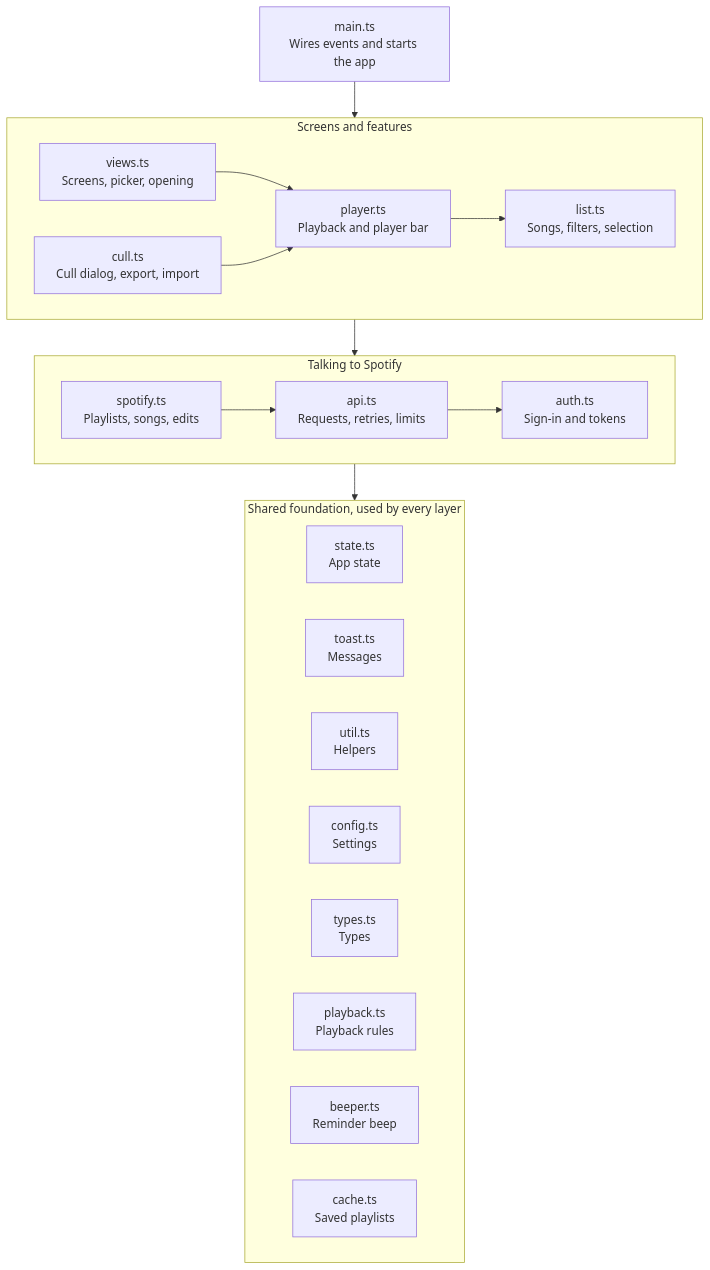
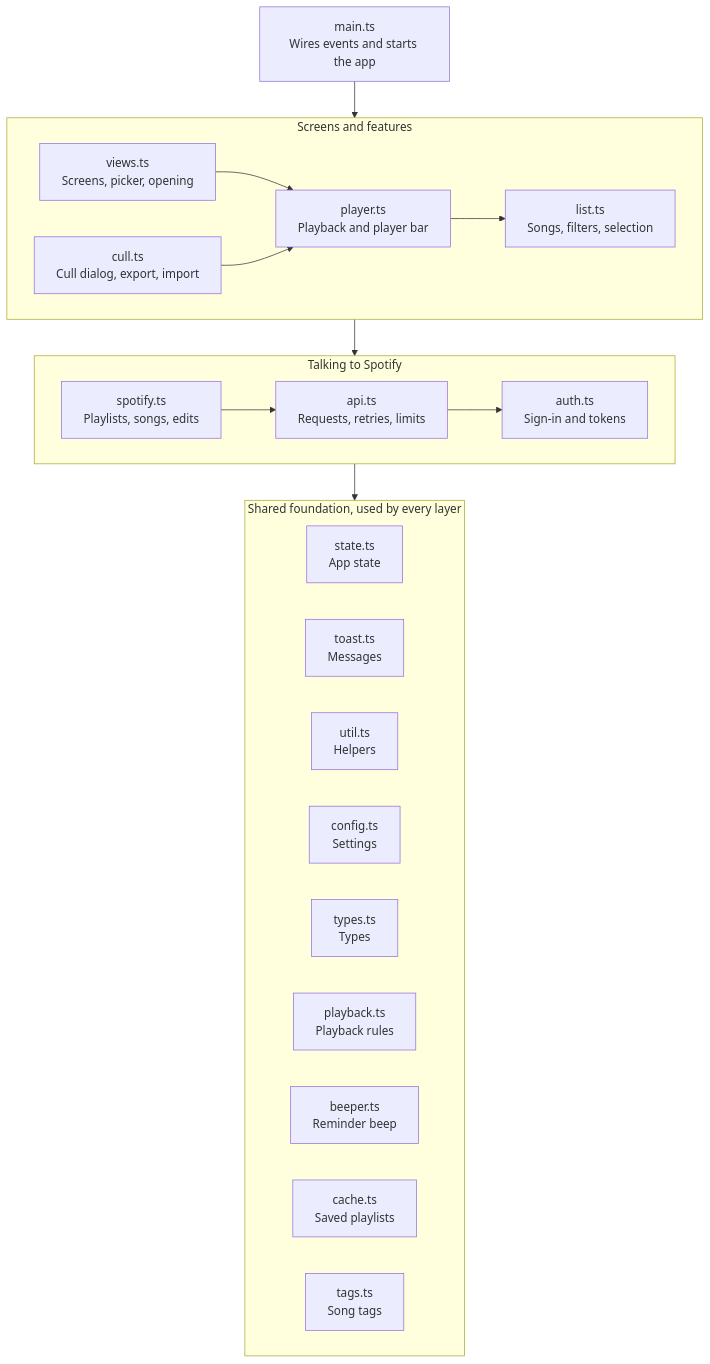
One commit to Jamman214/cullture changed the diagram in docs/project-layout.md. Above: the diagram before and after it, drawn with Mermaid. The commit also changed other lines of this file and 40 other files, not shown here.

````diff
--- a/docs/project-layout.md
+++ b/docs/project-layout.md
@@ -35,36 +36,37 @@
 ```mermaid
 flowchart TD
     main["main.ts<br/>Wires events and starts the app"]
 
     subgraph features["Screens and features"]
         views["views.ts<br/>Screens, picker, opening"]
         cull["cull.ts<br/>Cull dialog, export, import"]
         player["player.ts<br/>Playback and player bar"]
         list["list.ts<br/>Songs, filters, selection"]
         views --> player
         cull --> player
         player --> list
     end
 
     subgraph spotifyLayer["Talking to Spotify"]
         spotify["spotify.ts<br/>Playlists, songs, edits"]
         api["api.ts<br/>Requests, retries, limits"]
         auth["auth.ts<br/>Sign-in and tokens"]
         spotify --> api --> auth
     end
 
     subgraph foundation["Shared foundation, used by every layer"]
         state["state.ts<br/>App state"]
         toast["toast.ts<br/>Messages"]
         util["util.ts<br/>Helpers"]
         config["config.ts<br/>Settings"]
         types["types.ts<br/>Types"]
         playback["playback.ts<br/>Playback rules"]
         beeper["beeper.ts<br/>Reminder beep"]
         cache["cache.ts<br/>Saved playlists"]
+        tags["tags.ts<br/>Song tags"]
     end
 
     main --> features
     features --> spotifyLayer
     spotifyLayer --> foundation
 ```
````
